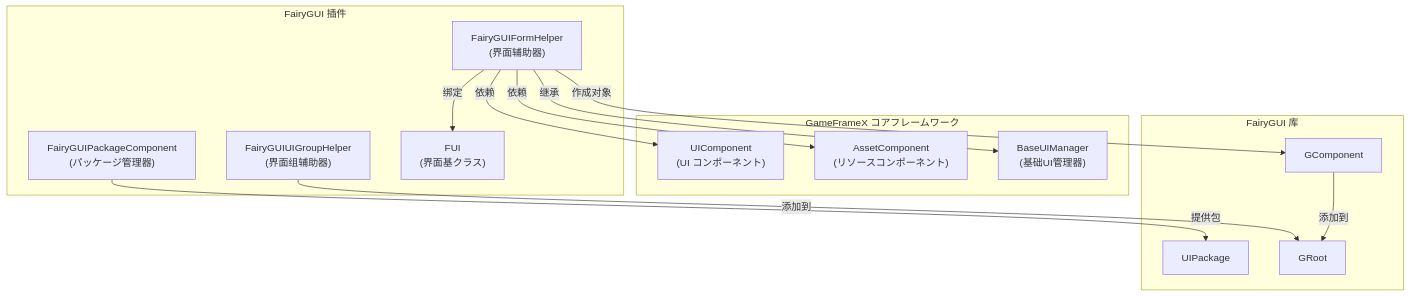
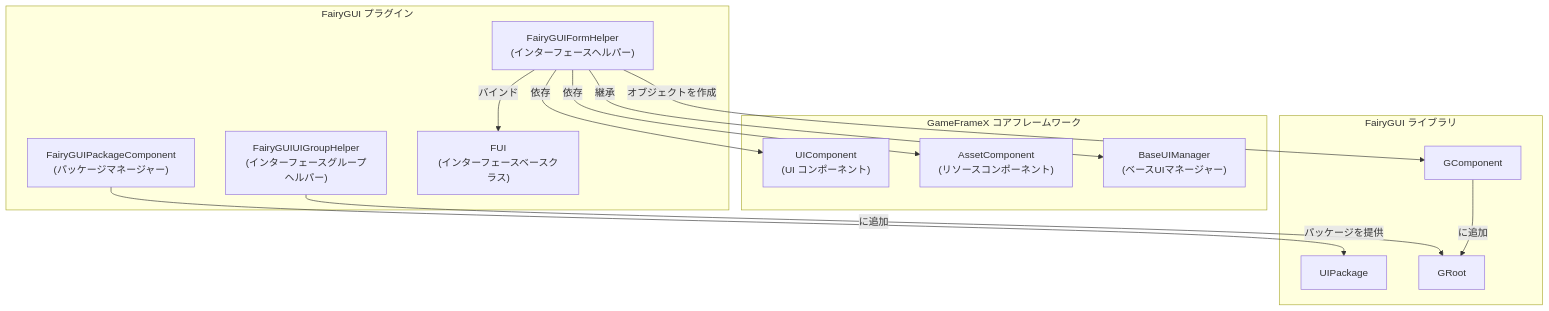
One commit to AlianBlank/GameFrameX.Docs changed the first of 3 diagrams in docs/ja/client/unity/component/ui-fairygui/10.form-helper.md. Above: the diagram before and after it, drawn with Mermaid. The commit also changed other lines of this file and 320 other files, not shown here.

````diff
--- a/docs/ja/client/unity/component/ui-fairygui/10.form-helper.md
+++ b/docs/ja/client/unity/component/ui-fairygui/10.form-helper.md
@@ -23,30 +23,30 @@
 ```mermaid
 flowchart TD
     subgraph GameFrameX_Core["GameFrameX コアフレームワーク"]
         UIComponent["UIComponent<br/>(UI コンポーネント)"]
         AssetComponent["AssetComponent<br/>(リソースコンポーネント)"]
-        BaseUIMgr["BaseUIManager<br/>(基础UI管理器)"]
+        BaseUIMgr["BaseUIManager<br/>(ベースUIマネージャー)"]
     end
 
-    subgraph FairyGUI_Plugin["FairyGUI 插件"]
-        FairyGUIFormHelper["FairyGUIFormHelper<br/>(界面辅助器)"]
-        FairyGUIPackageComponent["FairyGUIPackageComponent<br/>(パッケージ管理器)"]
-        FairyGUIUIGroupHelper["FairyGUIUIGroupHelper<br/>(界面组辅助器)"]
-        FUI["FUI<br/>(界面基クラス)"]
+    subgraph FairyGUI_Plugin["FairyGUI プラグイン"]
+        FairyGUIFormHelper["FairyGUIFormHelper<br/>(インターフェースヘルパー)"]
+        FairyGUIPackageComponent["FairyGUIPackageComponent<br/>(パッケージマネージャー)"]
+        FairyGUIUIGroupHelper["FairyGUIUIGroupHelper<br/>(インターフェースグループヘルパー)"]
+        FUI["FUI<br/>(インターフェースベースクラス)"]
     end
 
-    subgraph FairyGUI["FairyGUI 库"]
+    subgraph FairyGUI["FairyGUI ライブラリ"]
         UIPackage["UIPackage"]
         GComponent["GComponent"]
         GRoot["GRoot"]
     end
 
-    FairyGUIFormHelper -->|依赖| UIComponent
-    FairyGUIFormHelper -->|依赖| AssetComponent
-    FairyGUIFormHelper -->|继承| BaseUIMgr
-    FairyGUIFormHelper -->|作成对象| GComponent
-    FairyGUIFormHelper -->|绑定| FUI
-    FairyGUIPackageComponent -->|提供包| UIPackage
-    FairyGUIUIGroupHelper -->|添加到| GRoot
-    GComponent -->|添加到| GRoot
+    FairyGUIFormHelper -->|依存| UIComponent
+    FairyGUIFormHelper -->|依存| AssetComponent
+    FairyGUIFormHelper -->|継承| BaseUIMgr
+    FairyGUIFormHelper -->|オブジェクトを作成| GComponent
+    FairyGUIFormHelper -->|バインド| FUI
+    FairyGUIPackageComponent -->|パッケージを提供| UIPackage
+    FairyGUIUIGroupHelper -->|に追加| GRoot
+    GComponent -->|に追加| GRoot
 ```
````
